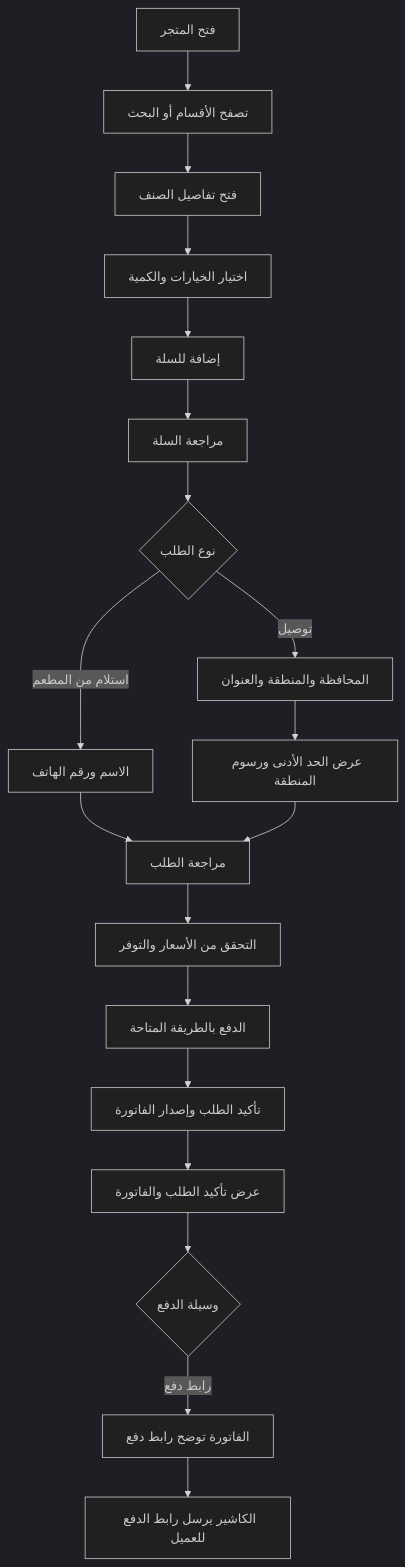
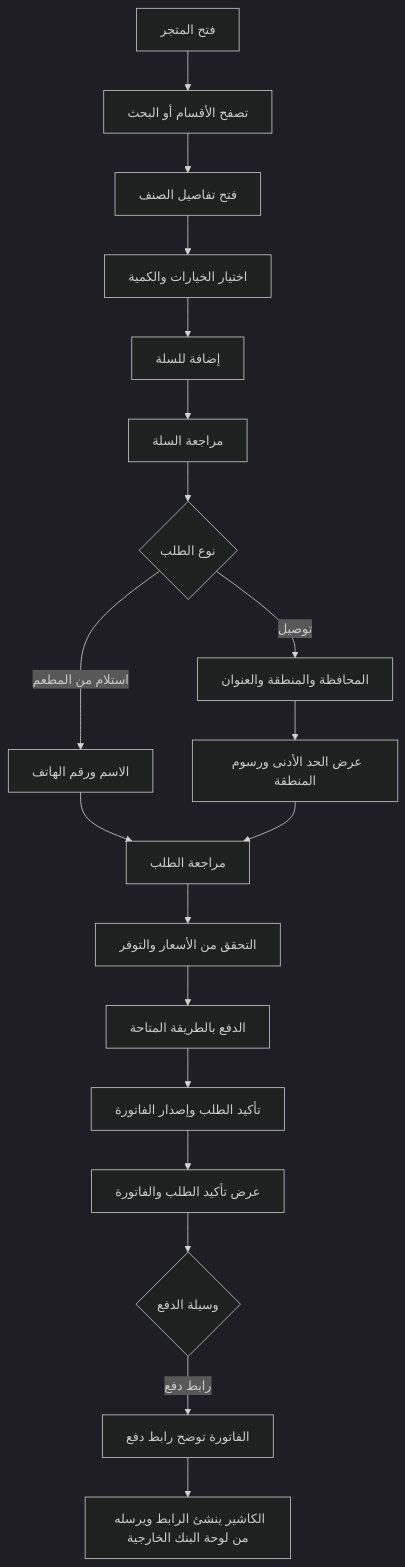
The diagram in docs/04-UI-UX-DESIGN.md (Malek-9292/kheralden92), drawn with Mermaid (dark theme) before and after one commit. The commit also changed other lines of this file, not shown here.

````diff
--- a/docs/04-UI-UX-DESIGN.md
+++ b/docs/04-UI-UX-DESIGN.md
@@ -226,21 +226,21 @@
 ```mermaid
 flowchart TD
     A[فتح المتجر] --> B[تصفح الأقسام أو البحث]
     B --> C[فتح تفاصيل الصنف]
     C --> D[اختيار الخيارات والكمية]
     D --> E[إضافة للسلة]
     E --> F[مراجعة السلة]
     F --> G{نوع الطلب}
     G -->|استلام من المطعم| H[الاسم ورقم الهاتف]
     G -->|توصيل| I[المحافظة والمنطقة والعنوان]
     I --> J[عرض الحد الأدنى ورسوم المنطقة]
     H --> K[مراجعة الطلب]
     J --> K
     K --> L[التحقق من الأسعار والتوفر]
     L --> M[الدفع بالطريقة المتاحة]
     M --> N[تأكيد الطلب وإصدار الفاتورة]
     N --> O[عرض تأكيد الطلب والفاتورة]
     O --> P{وسيلة الدفع}
     P -->|رابط دفع| Q[الفاتورة توضح رابط دفع]
-    Q --> R[الكاشير يرسل رابط الدفع للعميل]
+    Q --> R[الكاشير ينشئ الرابط ويرسله من لوحة البنك الخارجية]
 ```
````
